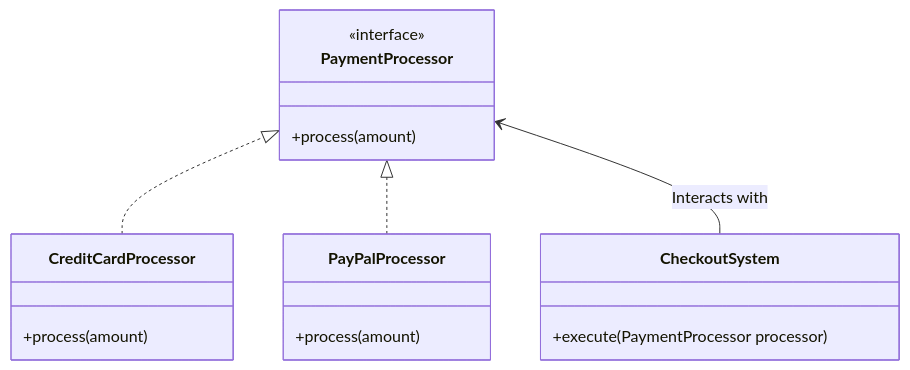
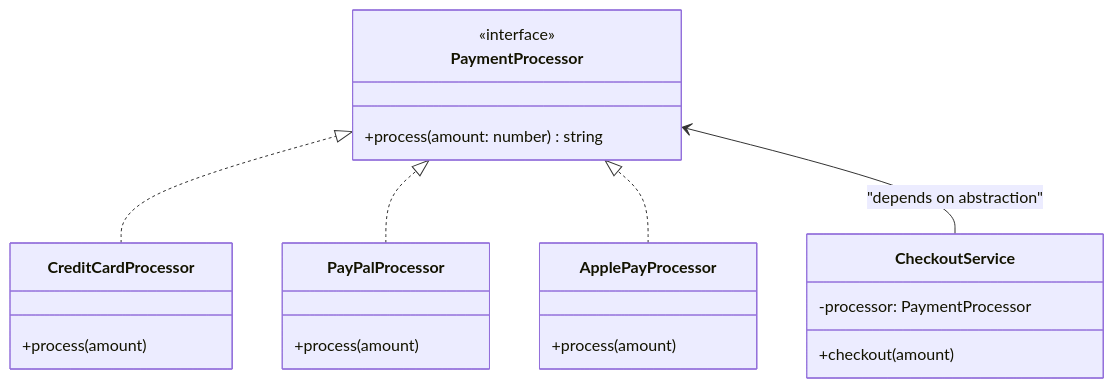
The second of 5 diagrams in From Zero To Hero/2. Programming Paradigms & Architecture/2.1 OOP.md (dagudelo88/From-Zero-to-hero-Software-engineer), drawn with Mermaid before and after one commit. The commit also changed other lines of this file, not shown here.

````diff
--- a/From Zero To Hero/2. Programming Paradigms & Architecture/2.1 OOP.md
+++ b/From Zero To Hero/2. Programming Paradigms & Architecture/2.1 OOP.md
@@ -583,21 +680,26 @@
 ```mermaid
 classDiagram
     direction BT
     class PaymentProcessor {
         <<interface>>
-        +process(amount)
+        +process(amount: number) string
     }
     class CreditCardProcessor {
         +process(amount)
     }
     class PayPalProcessor {
         +process(amount)
     }
-    class CheckoutSystem {
-        +execute(PaymentProcessor processor)
+    class ApplePayProcessor {
+        +process(amount)
+    }
+    class CheckoutService {
+        -processor: PaymentProcessor
+        +checkout(amount)
     }
 
     CreditCardProcessor ..|> PaymentProcessor
     PayPalProcessor ..|> PaymentProcessor
-    CheckoutSystem --> PaymentProcessor : Interacts with
+    ApplePayProcessor ..|> PaymentProcessor
+    CheckoutService --> PaymentProcessor : "depends on abstraction"
 ```
````
